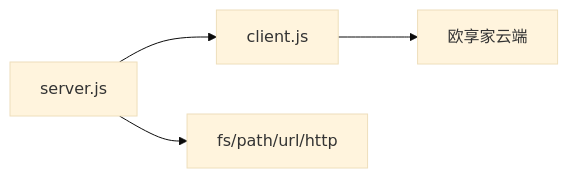
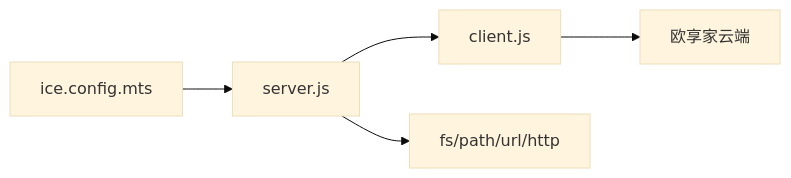
One commit to zh79325/opple-cloud-adapter changed diagram 13 of 13 in .qoder/repowiki/zh/content/核心模块详解/Server 服务端模块.md. Above: the diagram before and after it, drawn with Mermaid (base theme). The commit also changed other lines of this file and 30 other files, not shown here.

````diff
--- a/.qoder/repowiki/zh/content/核心模块详解/Server 服务端模块.md
+++ b/.qoder/repowiki/zh/content/核心模块详解/Server 服务端模块.md
@@ -421,6 +542,7 @@
 ```mermaid
 graph LR
-Server["server.js"] --> Client["client.js"]
+IceConfig["ice.config.mts"] --> Server["server.js"]
+Server --> Client["client.js"]
 Server --> FS["fs/path/url/http"]
 Client --> Cloud["欧享家云端"]
 ```
````
